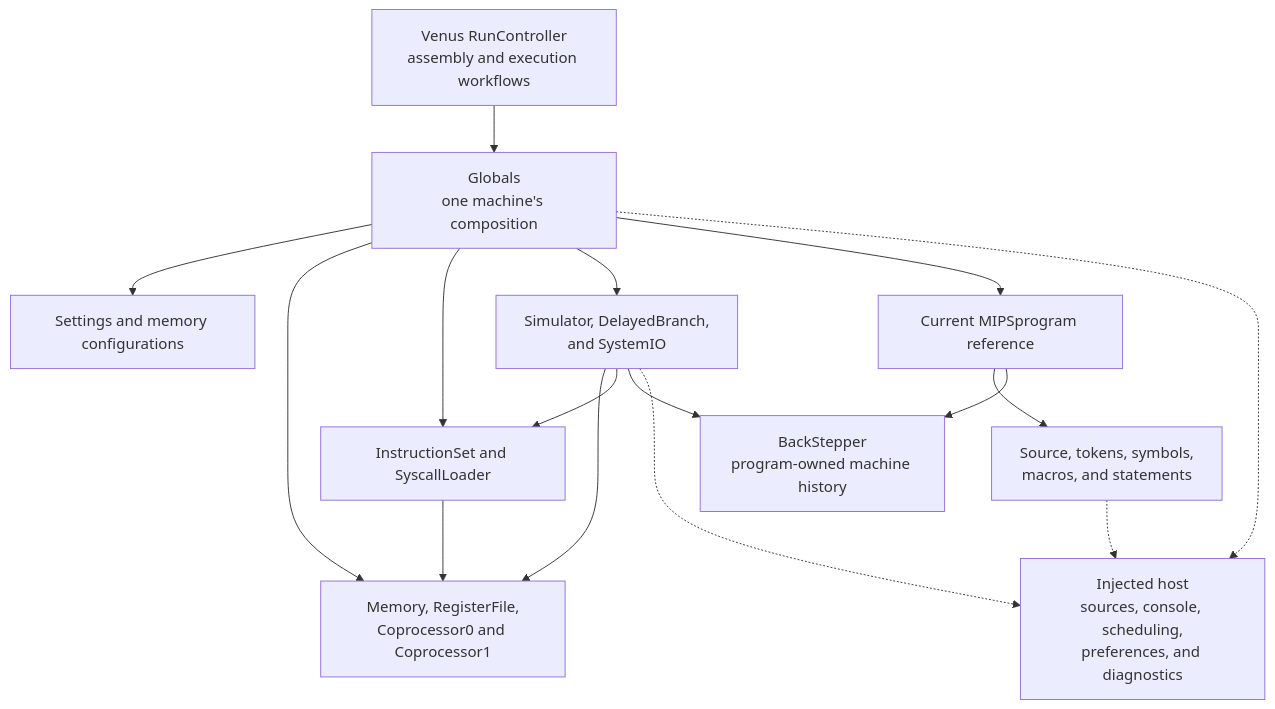
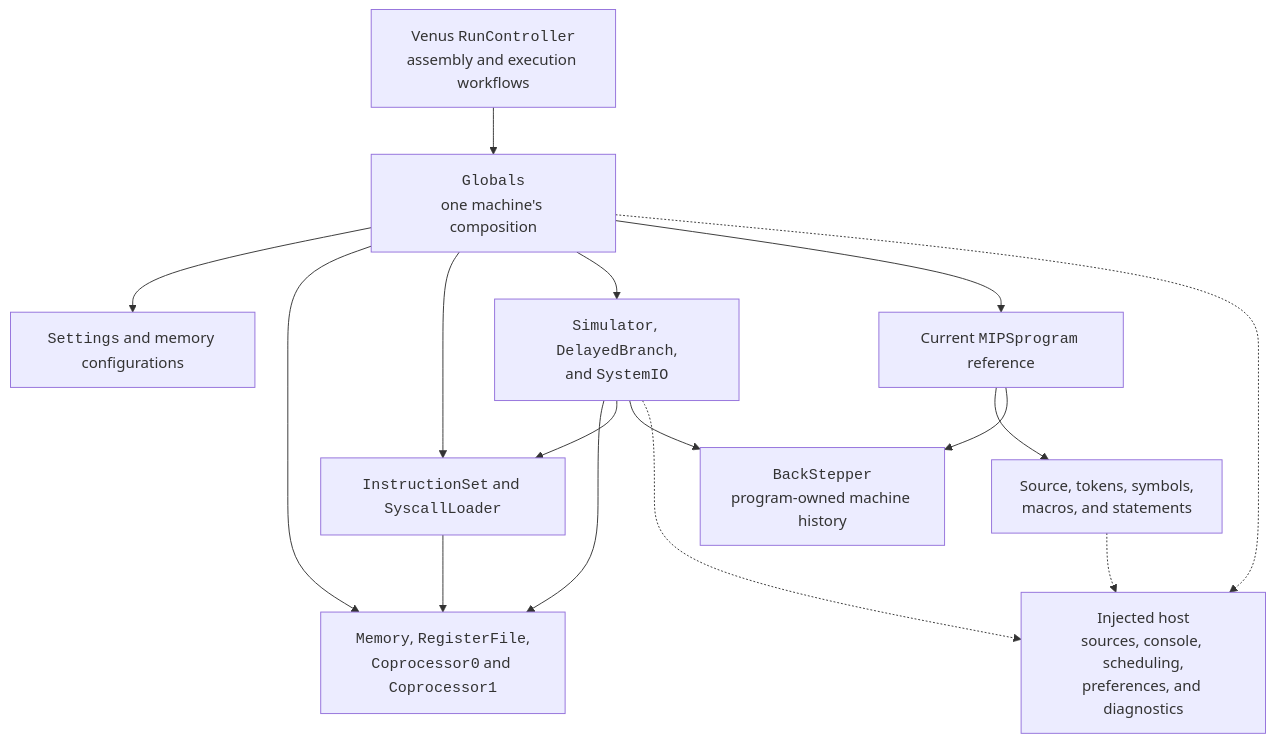
One commit to awpala/MARS-ts changed the first of 4 diagrams in src/lib/engine/README.md. Above: the diagram before and after it, drawn with Mermaid. The commit also changed other lines of this file and 9 other files, not shown here.

Commit message:
chore: add code/monospace formatting to diagram blocks

````diff
--- a/src/lib/engine/README.md
+++ b/src/lib/engine/README.md
@@ -17,18 +17,18 @@
 ```mermaid
 flowchart TB
-    Controller["Venus RunController<br/>assembly and execution workflows"] --> Globals["Globals<br/>one machine's composition"]
-    Globals --> Settings["Settings and memory configurations"]
-    Globals --> Hardware["Memory, RegisterFile,<br/>Coprocessor0 and Coprocessor1"]
-    Globals --> Registry["InstructionSet and SyscallLoader"]
-    Globals --> Runtime["Simulator, DelayedBranch,<br/>and SystemIO"]
-    Globals --> Current["Current MIPSprogram reference"]
+    Controller["Venus <code>RunController</code><br/>assembly and execution workflows"] --> Globals["<code>Globals</code><br/>one machine's composition"]
+    Globals --> Settings["<code>Settings</code> and memory configurations"]
+    Globals --> Hardware["<code>Memory</code>, <code>RegisterFile</code>,<br/><code>Coprocessor0</code> and <code>Coprocessor1</code>"]
+    Globals --> Registry["<code>InstructionSet</code> and <code>SyscallLoader</code>"]
+    Globals --> Runtime["<code>Simulator</code>, <code>DelayedBranch</code>,<br/>and <code>SystemIO</code>"]
+    Globals --> Current["Current <code>MIPSprogram</code> reference"]
     Current --> Source["Source, tokens, symbols,<br/>macros, and statements"]
-    Current --> Undo["BackStepper<br/>program-owned machine history"]
+    Current --> Undo["<code>BackStepper</code><br/>program-owned machine history"]
     Runtime --> Hardware
     Runtime --> Registry
     Registry --> Hardware
     Runtime --> Undo
     Globals -.-> Host["Injected host<br/>sources, console, scheduling,<br/>preferences, and diagnostics"]
     Source -.-> Host
     Runtime -.-> Host
 ```
````
